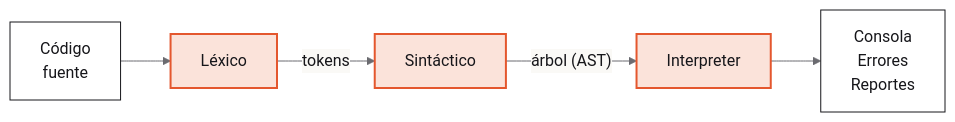
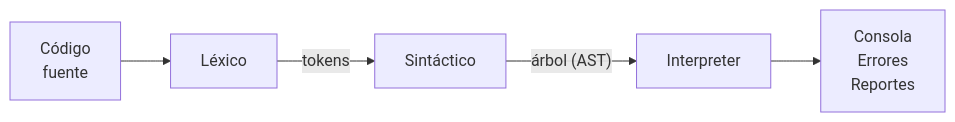
The fifth of 7 diagrams in presentacion.md (ELFBIBv/Conferencia_IPC1_2S2026), drawn with Mermaid before and after one commit. The commit also changed other lines of this file and 3 other files, not shown here.

````diff
--- a/presentacion.md
+++ b/presentacion.md
@@ -1151,10 +1144,8 @@
 ```mermaid {scale: 0.7}
-%%{init: {'theme':'base','themeVariables':{'fontFamily':'Segoe UI, Helvetica, Arial, sans-serif','primaryColor':'#ffffff','primaryBorderColor':'#16161a','primaryTextColor':'#16161a','secondaryColor':'#f1efe9','tertiaryColor':'#ffffff','lineColor':'#6b6b70','textColor':'#16161a','mainBkg':'#ffffff','nodeBorder':'#16161a','clusterBkg':'#f1efe9','clusterBorder':'#e3e0d9','edgeLabelBackground':'#faf9f6'}}}%%
 flowchart LR
   SRC["Código<br/>fuente"] --> LEX["Léxico"]
   LEX -- "tokens" --> PAR["Sintáctico"]
   PAR -- "árbol (AST)" --> INT["Interpreter"]
   INT --> R["Consola<br/>Errores<br/>Reportes"]
-  classDef acc fill:#fbe3da,stroke:#e4572e,stroke-width:2px,color:#16161a
   class LEX,PAR,INT acc
 ```
````
